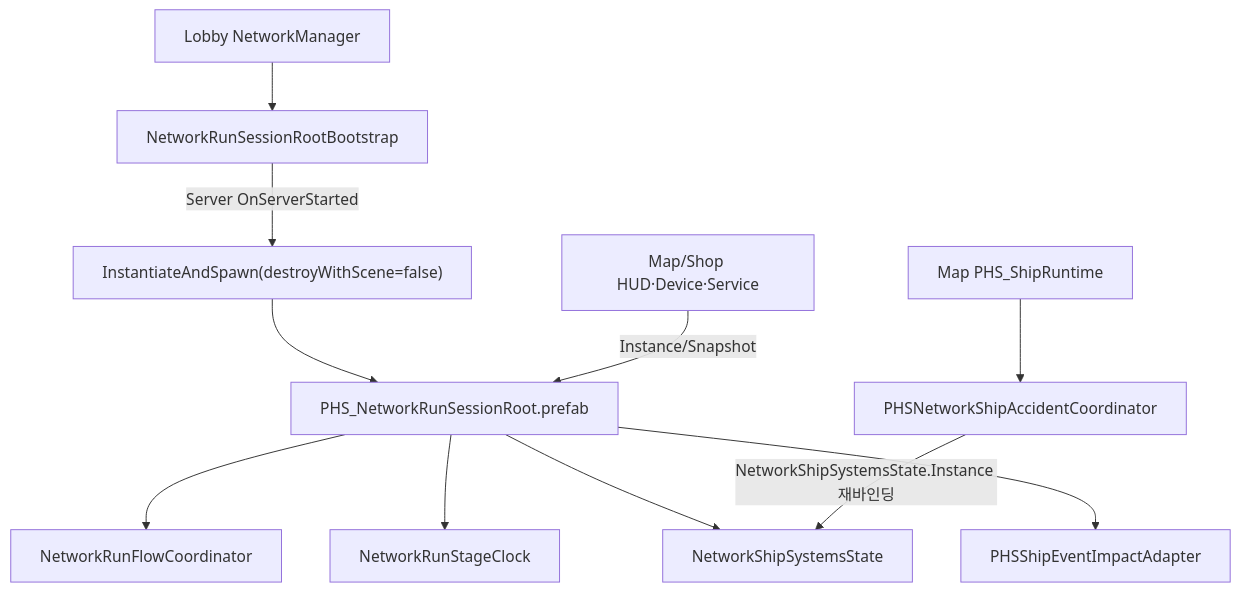
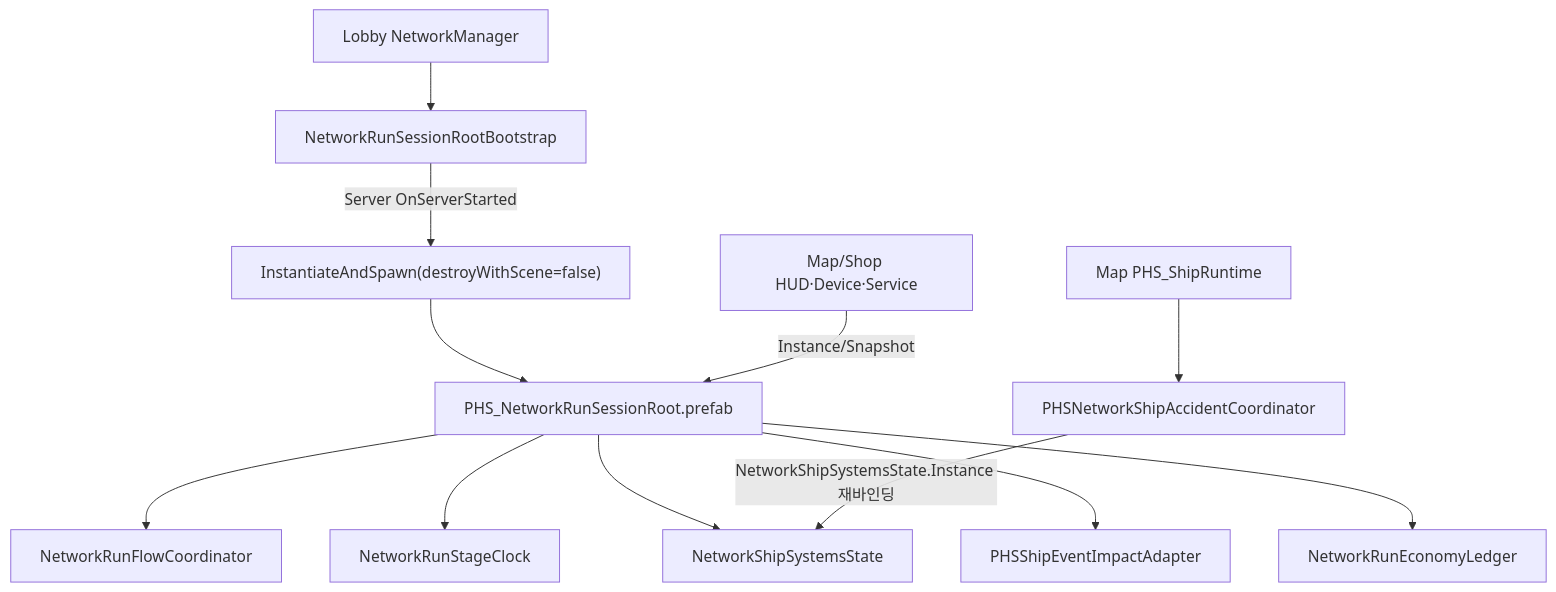
The diagram in Docs/PHS_RUN_SESSION_ROOT_IMPLEMENTATION_0718.md (bokings34-ui/LastJumpCrew_Copy), drawn with Mermaid before and after one commit. The commit also changed other lines of this file and 27 other files, not shown here.

Commit message:
feat: add persistent economy ledger

````diff
--- a/Docs/PHS_RUN_SESSION_ROOT_IMPLEMENTATION_0718.md
+++ b/Docs/PHS_RUN_SESSION_ROOT_IMPLEMENTATION_0718.md
@@ -20,13 +20,14 @@
 ```mermaid
 flowchart TB
     A["Lobby NetworkManager"] --> B["NetworkRunSessionRootBootstrap"]
     B -->|"Server OnServerStarted"| C["InstantiateAndSpawn(destroyWithScene=false)"]
     C --> D["PHS_NetworkRunSessionRoot.prefab"]
     D --> E["NetworkRunFlowCoordinator"]
     D --> F["NetworkRunStageClock"]
     D --> G["NetworkShipSystemsState"]
     D --> H["PHSShipEventImpactAdapter"]
+    D --> L["NetworkRunEconomyLedger"]
     I["Map PHS_ShipRuntime"] --> J["PHSNetworkShipAccidentCoordinator"]
     J -->|"NetworkShipSystemsState.Instance 재바인딩"| G
     K["Map/Shop HUD·Device·Service"] -->|"Instance/Snapshot"| D
 ```
````
